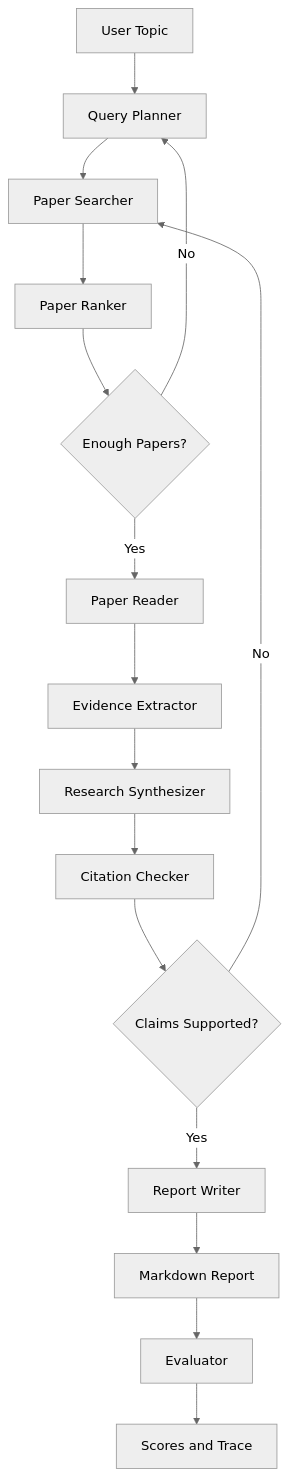
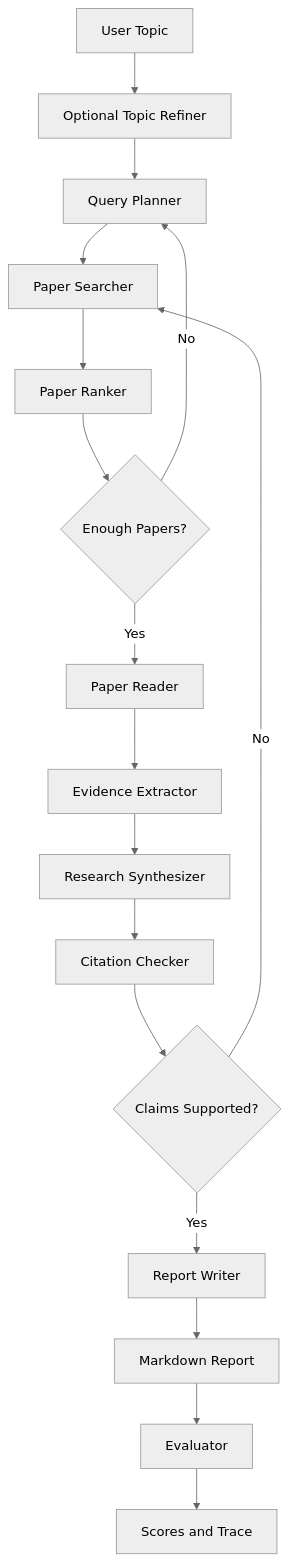
Before and after one commit to xinyizhiren/cs599-project: the first of 2 diagrams in docs/architecture_spec.md, drawn with Mermaid (neutral theme). The commit also changed other lines of this file and 19 other files, not shown here.

````diff
--- a/docs/architecture_spec.md
+++ b/docs/architecture_spec.md
@@ -39,18 +39,19 @@
 ```mermaid
 flowchart TD
-    A["User Topic"] --> B["Query Planner"]
+    A["User Topic"] --> R["Optional Topic Refiner"]
+    R --> B["Query Planner"]
     B --> C["Paper Searcher"]
     C --> D["Paper Ranker"]
     D --> E{"Enough Papers?"}
     E -- "No" --> B
     E -- "Yes" --> F["Paper Reader"]
     F --> G["Evidence Extractor"]
     G --> H["Research Synthesizer"]
     H --> I["Citation Checker"]
     I --> J{"Claims Supported?"}
     J -- "No" --> C
     J -- "Yes" --> K["Report Writer"]
     K --> L["Markdown Report"]
     L --> M["Evaluator"]
     M --> N["Scores and Trace"]
 ```
````
